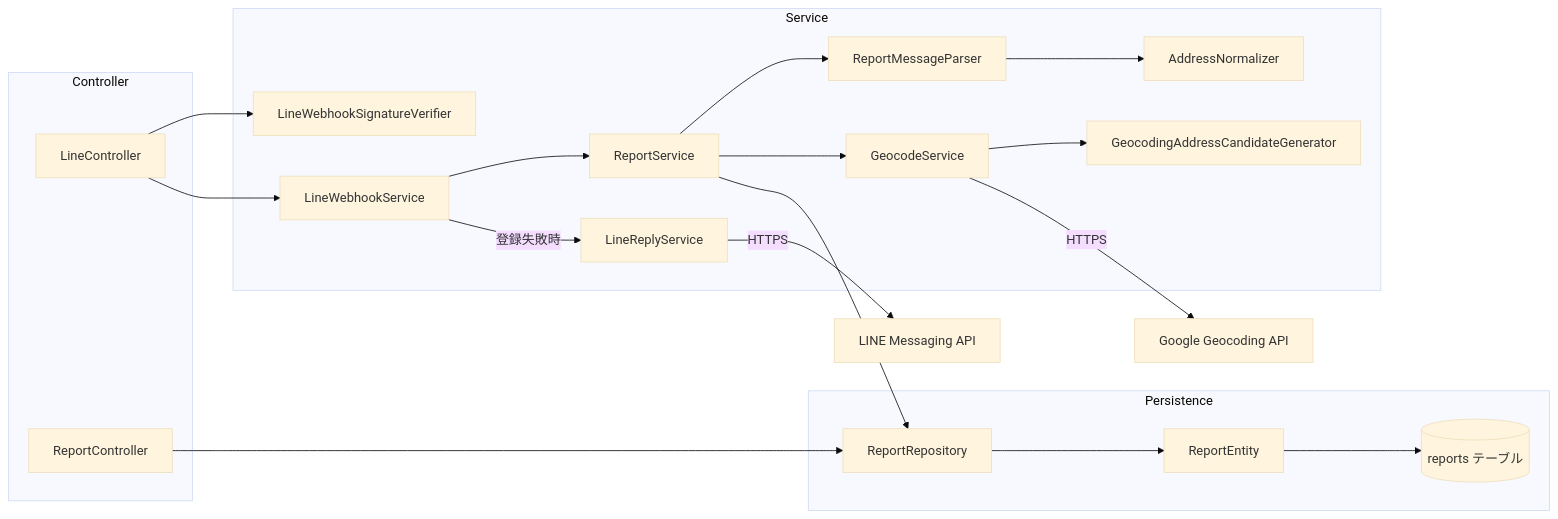
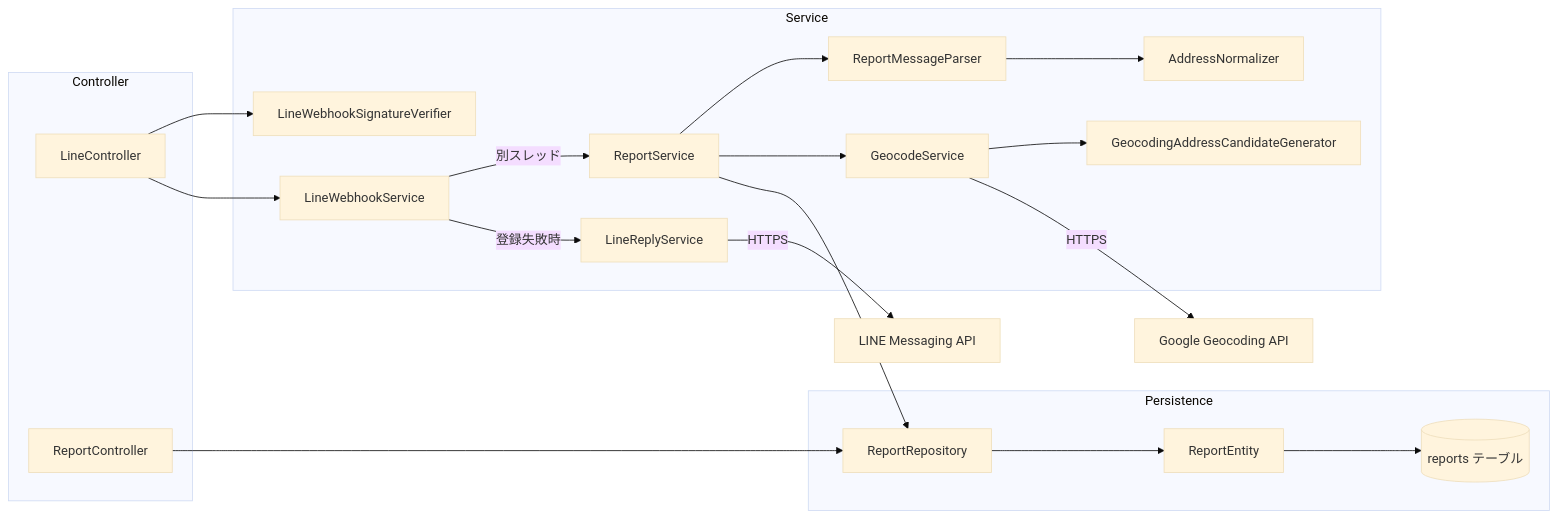
One commit to TBan34/Suspicious-Person-Map changed the second of 5 diagrams in docs/architecture/system-overview.md. Above: the diagram before and after it, drawn with Mermaid (base theme). The commit also changed other lines of this file and 6 other files, not shown here.

````diff
--- a/docs/architecture/system-overview.md
+++ b/docs/architecture/system-overview.md
@@ -57,39 +57,39 @@
 ```mermaid
 flowchart LR
     subgraph controller[Controller]
         lineController[LineController]
         reportController[ReportController]
     end
 
     subgraph service[Service]
         signature[LineWebhookSignatureVerifier]
         webhookService[LineWebhookService]
         replyService[LineReplyService]
         reportService[ReportService]
         parser[ReportMessageParser]
         normalizer[AddressNormalizer]
         candidates[GeocodingAddressCandidateGenerator]
         geocode[GeocodeService]
     end
 
     subgraph persistence[Persistence]
         repository[ReportRepository]
         entity[ReportEntity]
         db[(reports テーブル)]
     end
 
     lineController --> signature
     lineController --> webhookService
-    webhookService --> reportService
+    webhookService -->|別スレッド| reportService
     webhookService -->|登録失敗時| replyService
     replyService -->|HTTPS| line[LINE Messaging API]
     reportService --> parser
     parser --> normalizer
     reportService --> geocode
     geocode --> candidates
     geocode -->|HTTPS| google[Google Geocoding API]
     reportService --> repository
     reportController --> repository
     repository --> entity
     entity --> db
 ```
````
